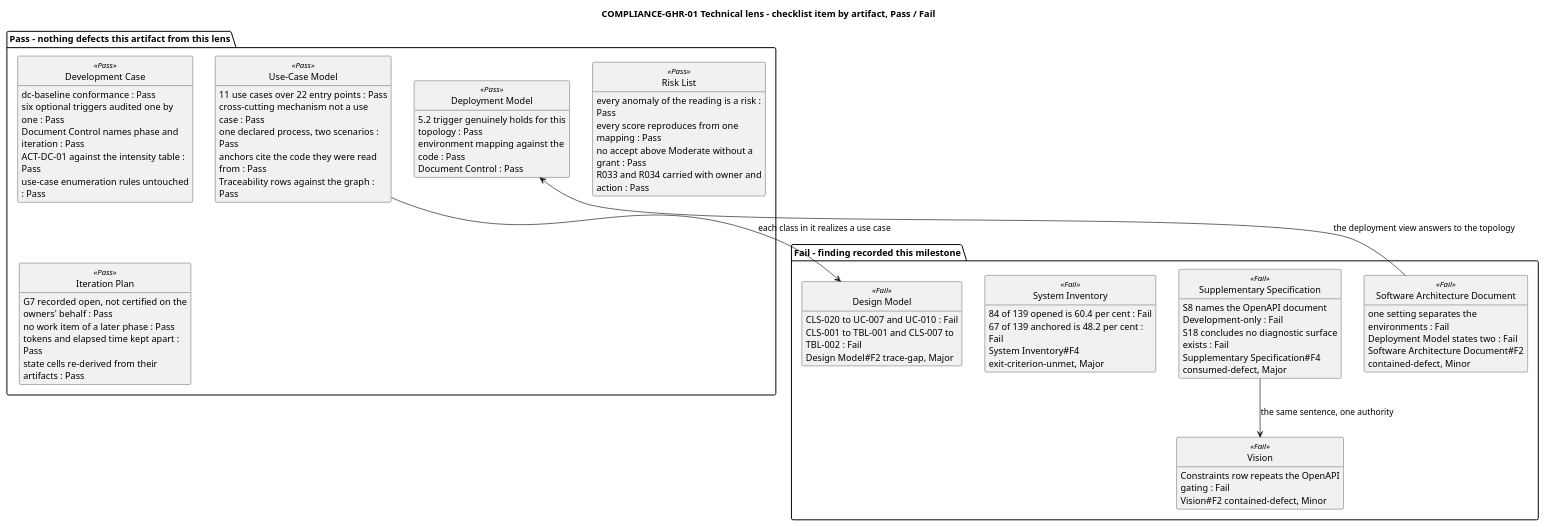
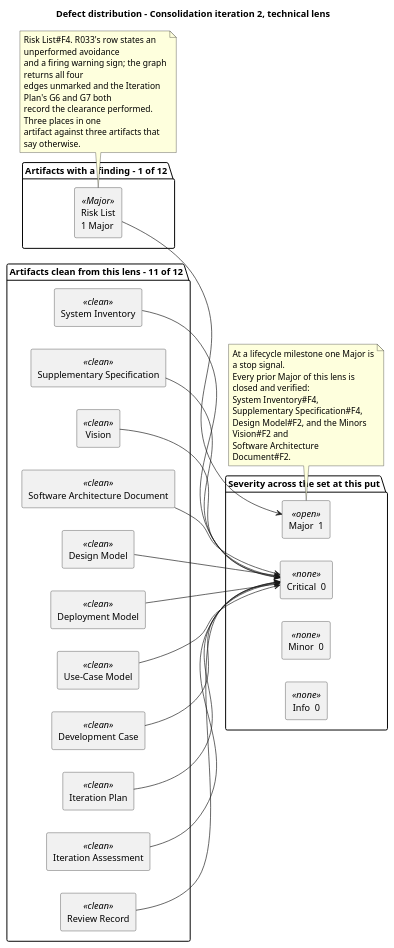
One commit to banense-test/TodoApp changed the fourth of 14 diagrams in docs/artifacts/project-management/review-record.md. Above: the diagram before and after it, drawn with PlantUML. The commit also changed other lines of this file, not shown here.

First line of the commit message:
Reviewer [Consolidation2]: upsert Review Record

````diff
--- a/docs/artifacts/project-management/review-record.md
+++ b/docs/artifacts/project-management/review-record.md
@@ -279,76 +295,62 @@
 ```plantuml
 @startuml
-title COMPLIANCE-GHR-01 Technical lens - checklist item by artifact, Pass / Fail
-
+title Defect distribution - Consolidation iteration 2, technical lens
 skinparam shadowing false
 skinparam classAttributeIconSize 0
-skinparam wrapWidth 260
-hide circle
-hide empty members
+skinparam componentStyle rectangle
+skinparam wrapWidth 220
+left to right direction
 
-package "Pass - nothing defects this artifact from this lens" {
-  class "Development Case" as DC <<Pass>> {
-    dc-baseline conformance : Pass
-    six optional triggers audited one by one : Pass
-    Document Control names phase and iteration : Pass
-    ACT-DC-01 against the intensity table : Pass
-    use-case enumeration rules untouched : Pass
-  }
-  class "Use-Case Model" as UCM <<Pass>> {
-    11 use cases over 22 entry points : Pass
-    cross-cutting mechanism not a use case : Pass
-    one declared process, two scenarios : Pass
-    anchors cite the code they were read from : Pass
-    Traceability rows against the graph : Pass
-  }
-  class "Risk List" as RL <<Pass>> {
-    every anomaly of the reading is a risk : Pass
-    every score reproduces from one mapping : Pass
-    no accept above Moderate without a grant : Pass
-    R033 and R034 carried with owner and action : Pass
-  }
-  class "Iteration Plan" as IP <<Pass>> {
-    G7 recorded open, not certified on the owners' behalf : Pass
-    no work item of a later phase : Pass
-    tokens and elapsed time kept apart : Pass
-    state cells re-derived from their artifacts : Pass
-  }
-  class "Deployment Model" as DPM <<Pass>> {
-    5.2 trigger genuinely holds for this topology : Pass
-    environment mapping against the code : Pass
-    Document Control : Pass
-  }
+package "Artifacts with a finding - 1 of 12" {
+  component "Risk List\n1 Major" as RL <<Major>>
+}
+package "Artifacts clean from this lens - 11 of 12" {
+  component "System Inventory" as SI <<clean>>
+  component "Supplementary Specification" as SS <<clean>>
+  component "Vision" as VI <<clean>>
+  component "Software Architecture Document" as SAD <<clean>>
+  component "Design Model" as DM <<clean>>
+  component "Deployment Model" as DEP <<clean>>
+  component "Use-Case Model" as UCM <<clean>>
+  component "Development Case" as DC <<clean>>
+  component "Iteration Plan" as IP <<clean>>
+  component "Iteration Assessment" as IA <<clean>>
+  component "Review Record" as RR <<clean>>
 }
 
-package "Fail - finding recorded this milestone" {
-  class "Design Model" as DM <<Fail>> {
-    CLS-020 to UC-007 and UC-010 : Fail
-    CLS-001 to TBL-001 and CLS-007 to TBL-002 : Fail
-    Design Model#F2 trace-gap, Major
-  }
-  class "Supplementary Specification" as SS <<Fail>> {
-    S8 names the OpenAPI document Development-only : Fail
-    S18 concludes no diagnostic surface exists : Fail
-    Supplementary Specification#F4 consumed-defect, Major
-  }
-  class "System Inventory" as SI <<Fail>> {
-    84 of 139 opened is 60.4 per cent : Fail
-    67 of 139 anchored is 48.2 per cent : Fail
-    System Inventory#F4 exit-criterion-unmet, Major
-  }
-  class "Vision" as VIS <<Fail>> {
-    Constraints row repeats the OpenAPI gating : Fail
-    Vision#F2 contained-defect, Minor
-  }
-  class "Software Architecture Document" as SAD <<Fail>> {
-    one setting separates the environments : Fail
-    Deployment Model states two : Fail
-    Software Architecture Document#F2 contained-defect, Minor
-  }
+package "Severity across the set at this put" {
+  component "Critical  0" as CR <<none>>
+  component "Major  1" as MJ <<open>>
+  component "Minor  0" as MN <<none>>
+  component "Info  0" as IN <<none>>
 }
 
-UCM --> DM : each class in it realizes a use case
-SAD --> DPM : the deployment view answers to the topology
-SS --> VIS : the same sentence, one authority
+RL --> MJ
+SI --> CR
+SS --> CR
+VI --> CR
+SAD --> CR
+DM --> CR
+DEP --> CR
+UCM --> CR
+DC --> CR
+IP --> CR
+IA --> CR
+RR --> CR
+
+note bottom of RL
+  Risk List#F4. R033's row states an unperformed avoidance
+  and a firing warning sign; the graph returns all four
+  edges unmarked and the Iteration Plan's G6 and G7 both
+  record the clearance performed. Three places in one
+  artifact against three artifacts that say otherwise.
+end note
+note bottom of MJ
+  At a lifecycle milestone one Major is a stop signal.
+  Every prior Major of this lens is closed and verified:
+  System Inventory#F4, Supplementary Specification#F4,
+  Design Model#F2, and the Minors Vision#F2 and
+  Software Architecture Document#F2.
+end note
 @enduml
 ```
````
